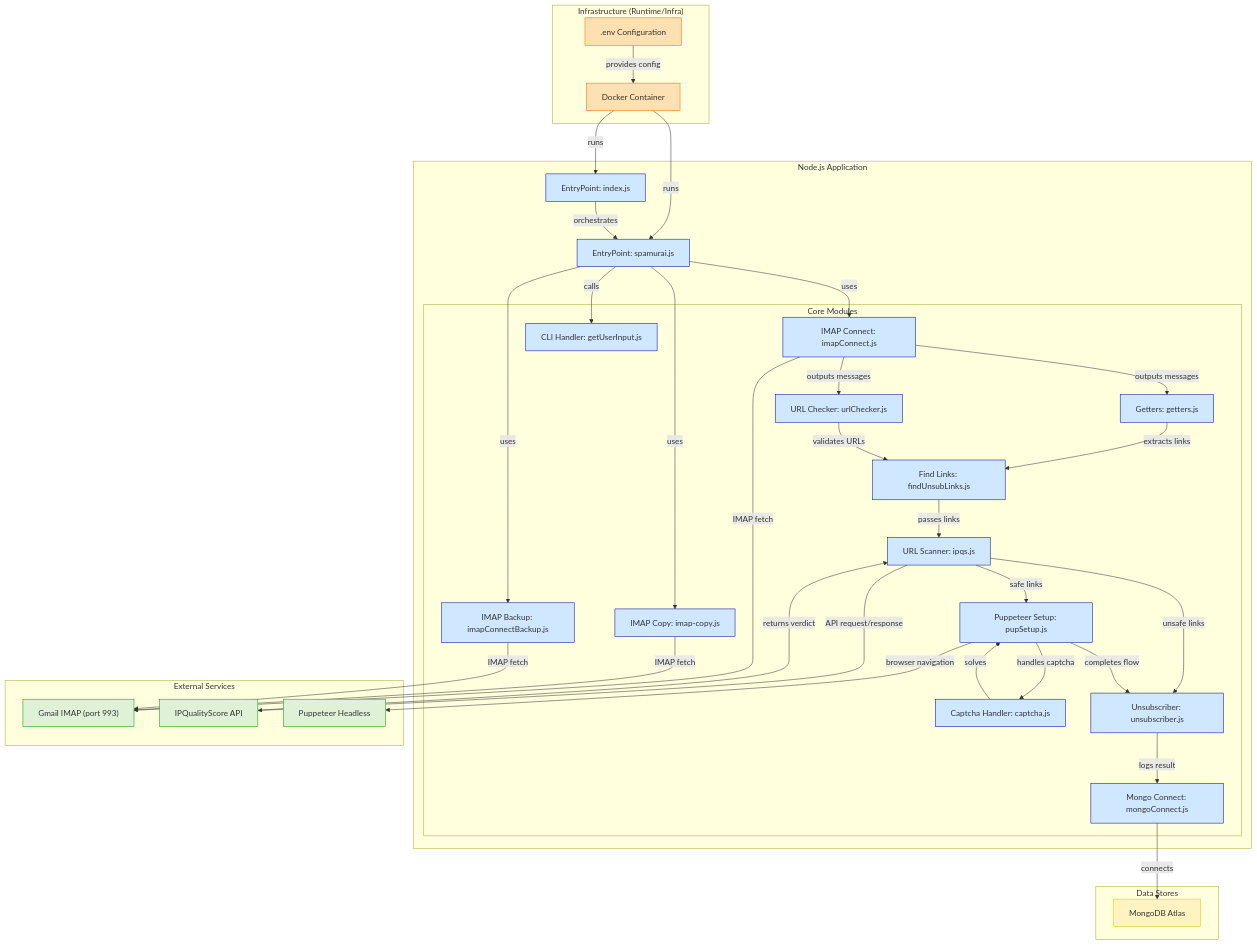
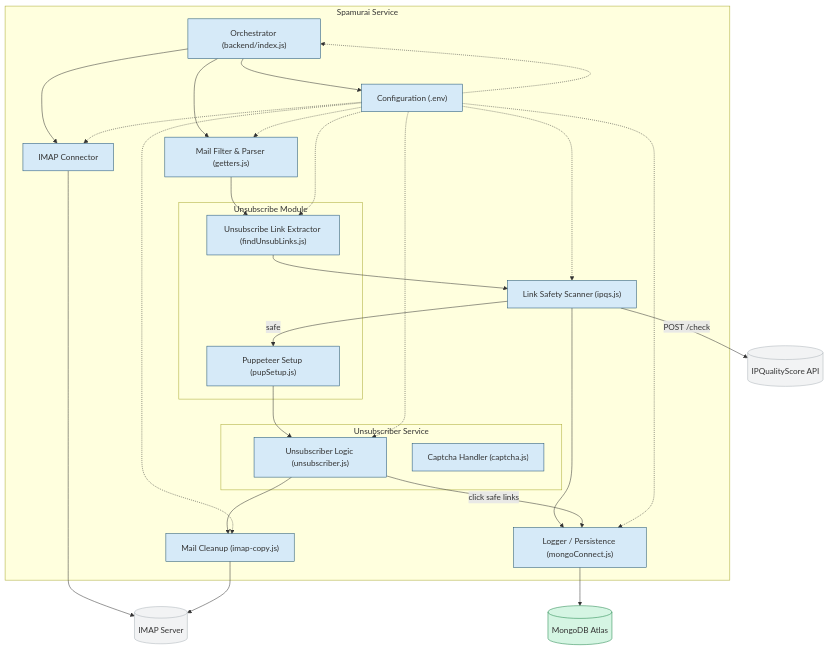
The diagram in README.md (nakuldevmv/Spamurai), drawn with Mermaid before and after one commit.

````diff
--- a/README.md
+++ b/README.md
@@ -108,100 +108,64 @@
 ```mermaid
 flowchart TD
-    %% Infrastructure Layer
-    subgraph "Infrastructure (Runtime/Infra)"
-        Docker["Docker Container"]:::infra
-        Env[".env Configuration"]:::infra
+    subgraph "Spamurai Service"
+        ORC["Orchestrator (backend/index.js)"]:::internal
+        CFG["Configuration (.env)"]:::internal
+        IMAP["IMAP Connector"]:::internal
+        PARS["Mail Filter & Parser (getters.js)"]:::internal
+        subgraph "Unsubscribe Module"
+            FIND["Unsubscribe Link Extractor (findUnsubLinks.js)"]:::internal
+            PUPP["Puppeteer Setup (pupSetup.js)"]:::internal
+        end
+        SCAN["Link Safety Scanner (ipqs.js)"]:::internal
+        subgraph "Unsubscriber Service"
+            UNS["Unsubscriber Logic (unsubscriber.js)"]:::internal
+            CAPTCHA["Captcha Handler (captcha.js)"]:::internal
+        end
+        CLEAN["Mail Cleanup (imap-copy.js)"]:::internal
+        MONGO_CLIENT["Logger / Persistence (mongoConnect.js)"]:::internal
     end
 
-    %% Application Layer
-    subgraph "Node.js Application"
-        Entry1["EntryPoint: index.js"]:::core
-        Entry2["EntryPoint: spamurai.js"]:::core
-        subgraph "Core Modules"
-            IMAP1["IMAP Connect: imapConnect.js"]:::core
-            IMAP2["IMAP Copy: imap-copy.js"]:::core
-            IMAP3["IMAP Backup: imapConnectBackup.js"]:::core
-            Parser1["Getters: getters.js"]:::core
-            Parser2["URL Checker: urlChecker.js"]:::core
-            Scanner["URL Scanner: ipqs.js"]:::core
-            Unsub1["Puppeteer Setup: pupSetup.js"]:::core
-            Unsub2["Find Links: findUnsubLinks.js"]:::core
-            Unsub3["Captcha Handler: captcha.js"]:::core
-            Unsub4["Unsubscriber: unsubscriber.js"]:::core
-            DB["Mongo Connect: mongoConnect.js"]:::core
-            CLI["CLI Handler: getUserInput.js"]:::core
-        end
-    end
+    IMAP_SRV[("IMAP Server")]:::external
+    IPQS[("IPQualityScore API")]:::external
+    MONGO[("MongoDB Atlas")]:::db
 
-    %% External Services
-    subgraph "External Services"
-        Gmail["Gmail IMAP (port 993)"]:::external
-        IPQS["IPQualityScore API"]:::external
-        PuppeteerService["Puppeteer Headless"]:::external
-    end
+    ORC --> CFG
+    ORC --> IMAP
+    IMAP --> IMAP_SRV
+    ORC --> PARS
+    PARS --> FIND
+    FIND --> SCAN
+    SCAN -->|"safe"| PUPP
+    PUPP --> UNS
+    SCAN -->|"POST /check"| IPQS
+    SCAN --> MONGO_CLIENT
+    UNS -->|"click safe links"| MONGO_CLIENT
+    UNS --> CLEAN
+    CLEAN --> IMAP_SRV
+    MONGO_CLIENT --> MONGO
 
-    %% Data Store
-    subgraph "Data Stores"
-        MongoDB["MongoDB Atlas"]:::datastore
-    end
+    CFG -.-> ORC
+    CFG -.-> IMAP
+    CFG -.-> PARS
+    CFG -.-> FIND
+    CFG -.-> SCAN
+    CFG -.-> UNS
+    CFG -.-> CLEAN
+    CFG -.-> MONGO_CLIENT
 
-    %% Connections
-    Env -->|provides config| Docker
-    Docker -->|runs| Entry1
-    Docker -->|runs| Entry2
+    click ORC "https://github.com/nakuldevmv/spamurai/blob/main/backend/index.js"
+    click IMAP "https://github.com/nakuldevmv/spamurai/blob/main/backend/utils/connectMail/imapConnect.js"
+    click PARS "https://github.com/nakuldevmv/spamurai/blob/main/backend/utils/getters.js"
+    click FIND "https://github.com/nakuldevmv/spamurai/blob/main/backend/utils/unsub/findUnsubLinks.js"
+    click PUPP "https://github.com/nakuldevmv/spamurai/blob/main/backend/utils/unsub/pupSetup.js"
+    click SCAN "https://github.com/nakuldevmv/spamurai/blob/main/backend/utils/scanners/ipqs.js"
+    click UNS "https://github.com/nakuldevmv/spamurai/blob/main/backend/utils/unsub/unsubscriber.js"
+    click CAPTCHA "https://github.com/nakuldevmv/spamurai/blob/main/backend/utils/unsub/captcha.js"
+    click CLEAN "https://github.com/nakuldevmv/spamurai/blob/main/backend/utils/connectMail/imap-copy.js"
+    click MONGO_CLIENT "https://github.com/nakuldevmv/spamurai/blob/main/backend/utils/server/mongoConnect.js"
+    click CFG "https://github.com/nakuldevmv/spamurai/blob/main/backend/example.env"
 
-    Entry1 -->|orchestrates| Entry2
-    Entry2 -->|uses| IMAP1
-    Entry2 -->|uses| IMAP2
-    Entry2 -->|uses| IMAP3
-    Entry2 -->|calls| CLI
-
-    IMAP1 -->|IMAP fetch| Gmail
-    IMAP2 -->|IMAP fetch| Gmail
-    IMAP3 -->|IMAP fetch| Gmail
-
-    IMAP1 -->|outputs messages| Parser1
-    IMAP1 -->|outputs messages| Parser2
-
-    Parser1 -->|extracts links| Unsub2
-    Parser2 -->|validates URLs| Unsub2
-
-    Unsub2 -->|passes links| Scanner
-    Scanner -->|API request/response| IPQS
-    IPQS -->|returns verdict| Scanner
-
-    Scanner -->|safe links| Unsub1
-    Scanner -->|unsafe links| Unsub4
-
-    Unsub1 -->|browser navigation| PuppeteerService
-    Unsub1 -->|handles captcha| Unsub3
-    Unsub3 -->|solves| Unsub1
-
-    Unsub1 -->|completes flow| Unsub4
-    Unsub4 -->|logs result| DB
-    DB -->|connects| MongoDB
-
-    %% Click Events
-    click Entry1 "https://github.com/nakuldevmv/spamurai/blob/main/backend/index.js"
-    click Entry2 "https://github.com/nakuldevmv/spamurai/blob/main/backend/spamurai.js"
-    click IMAP1 "https://github.com/nakuldevmv/spamurai/blob/main/backend/utils/connectMail/imapConnect.js"
-    click IMAP2 "https://github.com/nakuldevmv/spamurai/blob/main/backend/utils/connectMail/imap-copy.js"
-    click IMAP3 "https://github.com/nakuldevmv/spamurai/blob/main/backend/utils/connectMail/imapConnectBaclup.js"
-    click Parser1 "https://github.com/nakuldevmv/spamurai/blob/main/backend/utils/getters.js"
-    click Parser2 "https://github.com/nakuldevmv/spamurai/blob/main/backend/utils/urlChecker.js"
-    click Scanner "https://github.com/nakuldevmv/spamurai/blob/main/backend/utils/scanners/ipqs.js"
-    click Unsub1 "https://github.com/nakuldevmv/spamurai/blob/main/backend/utils/unsub/pupSetup.js"
-    click Unsub2 "https://github.com/nakuldevmv/spamurai/blob/main/backend/utils/unsub/findUnsubLinks.js"
-    click Unsub3 "https://github.com/nakuldevmv/spamurai/blob/main/backend/utils/unsub/captcha.js"
-    click Unsub4 "https://github.com/nakuldevmv/spamurai/blob/main/backend/utils/unsub/unsubscriber.js"
-    click DB "https://github.com/nakuldevmv/spamurai/blob/main/backend/utils/server/mongoConnect.js"
-    click CLI "https://github.com/nakuldevmv/spamurai/blob/main/backend/utils/getUserInput.js"
-    click Docker "https://github.com/nakuldevmv/spamurai/tree/main/backend/Dockerfile"
-    click Env "https://github.com/nakuldevmv/spamurai/blob/main/backend/example.env"
-
-    %% Styles
-    classDef core fill:#D0E8FF,stroke:#009,stroke-width:1px
-    classDef external fill:#DFF2D8,stroke:#090,stroke-width:1px
-    classDef datastore fill:#FFF4C1,stroke:#CC0,stroke-width:1px
-    classDef infra fill:#FFE0B2,stroke:#F60,stroke-width:1px
+    classDef internal fill:#D6EAF8,stroke:#1B4F72
+    classDef external fill:#F2F3F4,stroke:#ABB2B9
+    classDef db fill:#D5F5E3,stroke:#1D8348
 ```
````
